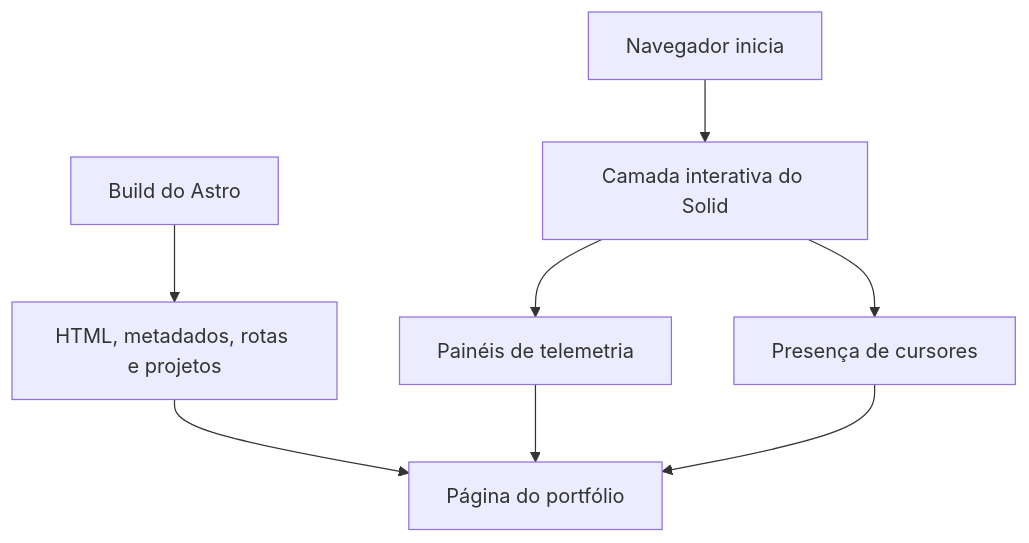
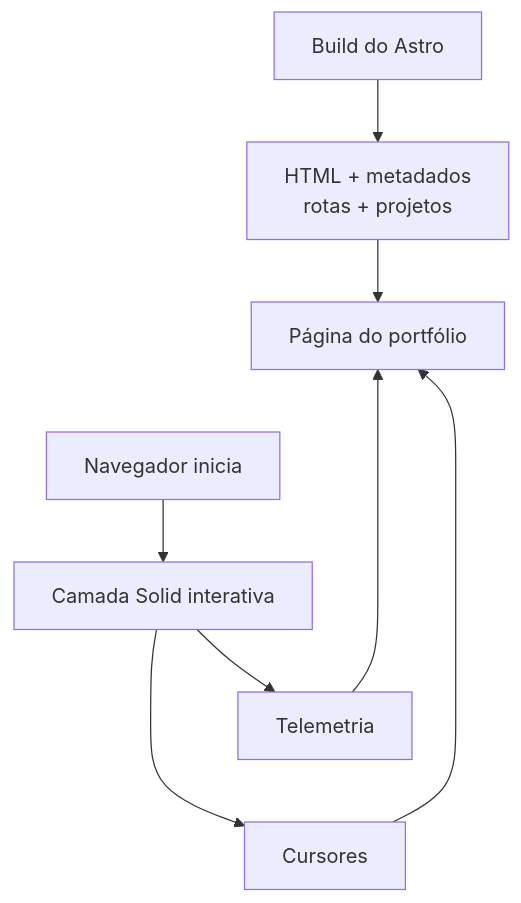
The diagram in web/content/blog/astro-static-shell-solid-live-layer.pt-BR.mdx (ErickCReis/ErickCReis), drawn with Mermaid before and after one commit. The commit also changed 21 other files, not shown here.

First line of the commit message:
Improve Mermaid diagram readability across blog posts

````diff
--- a/web/content/blog/astro-static-shell-solid-live-layer.pt-BR.mdx
+++ b/web/content/blog/astro-static-shell-solid-live-layer.pt-BR.mdx
@@ -36,11 +36,13 @@
 ```mermaid center
 flowchart TB
-  Build["Build do Astro"] --> Document["HTML, metadados, rotas e projetos"]
+  Build["Build do Astro"] --> Document["HTML + metadados<br/>rotas + projetos"]
   Document --> Page["Página do portfólio"]
 
-  Browser["Navegador inicia"] --> Island["Camada interativa do Solid"]
-  Island --> Telemetry["Painéis de telemetria"]
-  Island --> Cursors["Presença de cursores"]
+  Browser["Navegador inicia"] --> Island["Camada Solid interativa"]
+  Page ~~~ Browser
+  Island --> Telemetry["Telemetria"]
+  Island --> Cursors["Cursores"]
+  Telemetry ~~~ Cursors
   Telemetry --> Page
   Cursors --> Page
 ```
````
